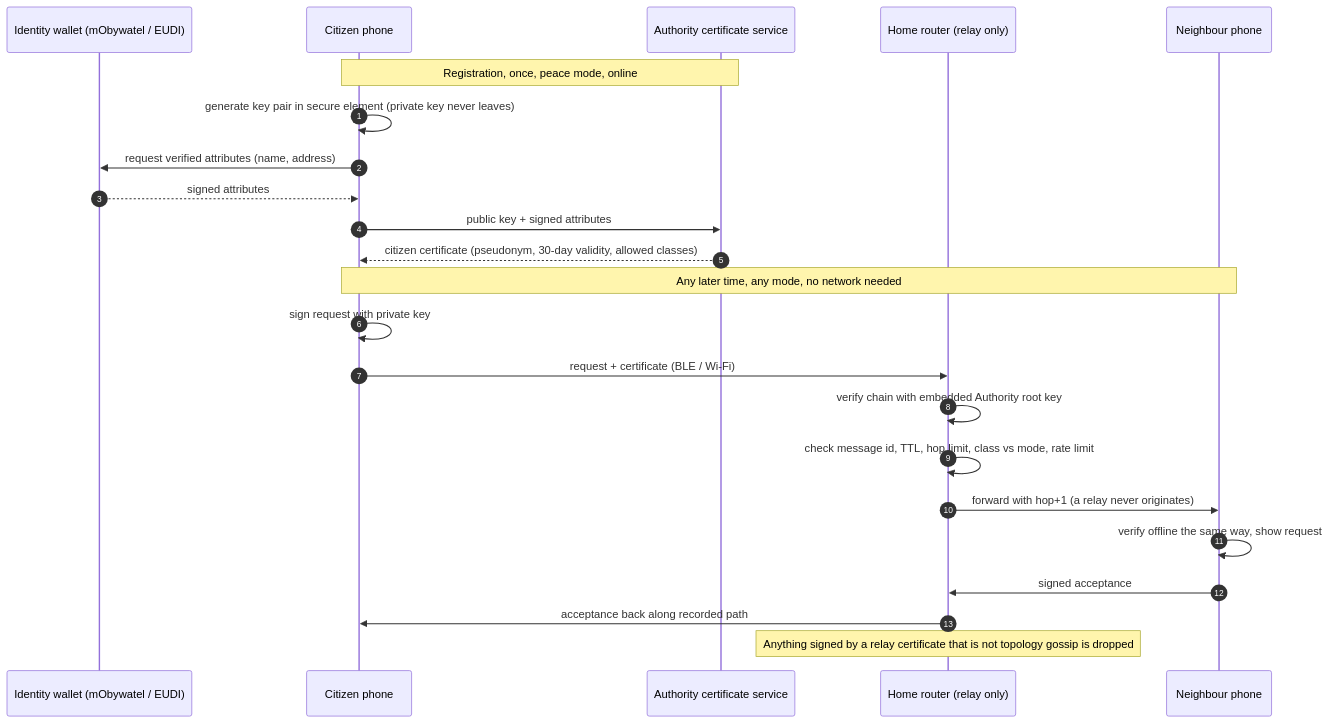
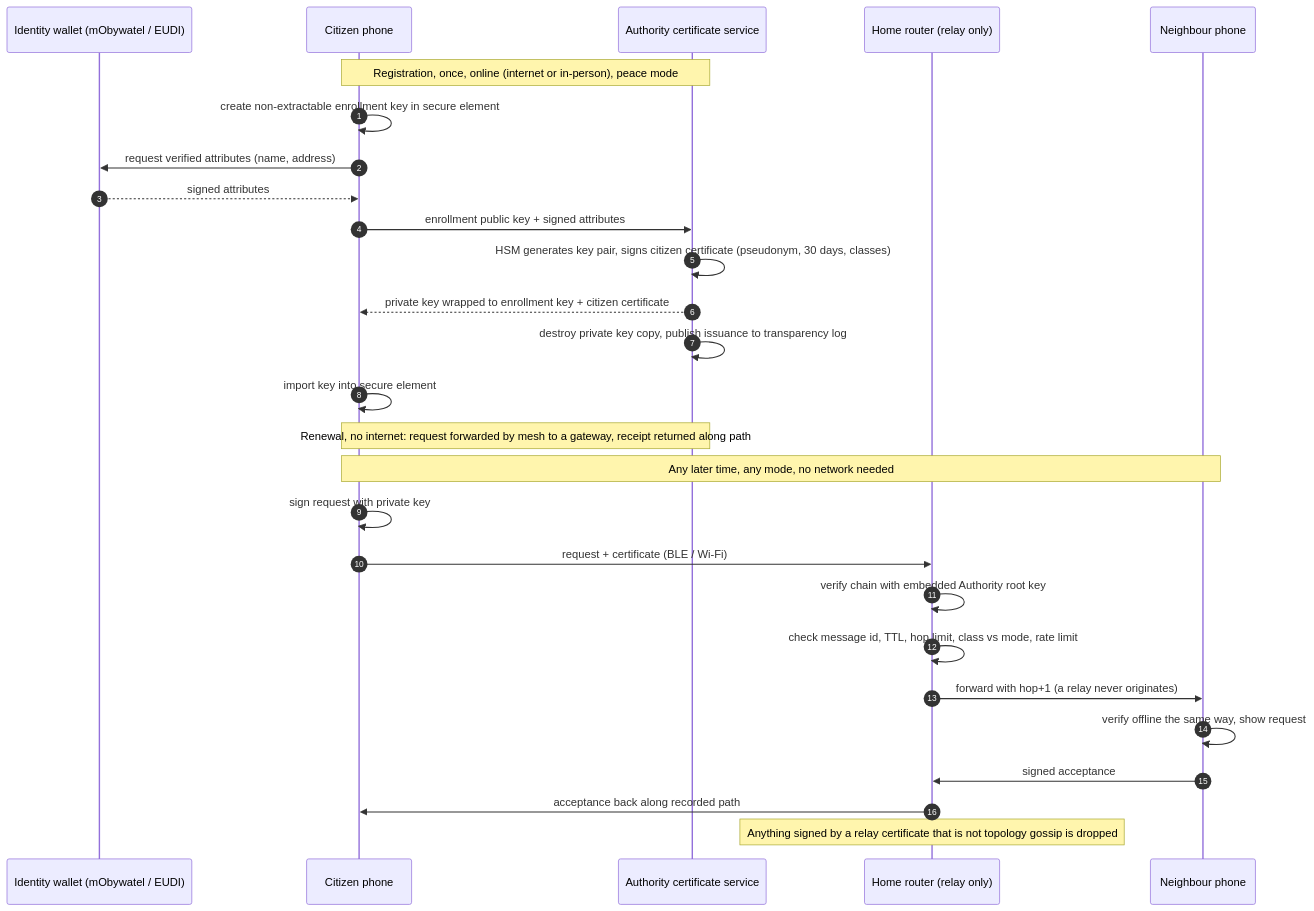
The diagram in docs/diagrams/02-trust-model.mmd (theapexlab/hackyeah2026), drawn with Mermaid before and after one commit. The commit also changed 3 other files, not shown here.

```diff
--- a/docs/diagrams/02-trust-model.mmd
+++ b/docs/diagrams/02-trust-model.mmd
@@ -1,23 +1,27 @@
 sequenceDiagram
   autonumber
   participant W as Identity wallet (mObywatel / EUDI)
   participant P as Citizen phone
   participant A as Authority certificate service
   participant R as Home router (relay only)
   participant N as Neighbour phone
-  Note over P,A: Registration, once, peace mode, online
-  P->>P: generate key pair in secure element (private key never leaves)
+  Note over P,A: Registration, once, online (internet or in-person), peace mode
+  P->>P: create non-extractable enrollment key in secure element
   P->>W: request verified attributes (name, address)
   W-->>P: signed attributes
-  P->>A: public key + signed attributes
-  A-->>P: citizen certificate (pseudonym, 30-day validity, allowed classes)
+  P->>A: enrollment public key + signed attributes
+  A->>A: HSM generates key pair, signs citizen certificate (pseudonym, 30 days, classes)
+  A-->>P: private key wrapped to enrollment key + citizen certificate
+  A->>A: destroy private key copy, publish issuance to transparency log
+  P->>P: import key into secure element
+  Note over P,A: Renewal, no internet: request forwarded by mesh to a gateway, receipt returned along path
   Note over P,N: Any later time, any mode, no network needed
   P->>P: sign request with private key
   P->>R: request + certificate (BLE / Wi-Fi)
   R->>R: verify chain with embedded Authority root key
   R->>R: check message id, TTL, hop limit, class vs mode, rate limit
   R->>N: forward with hop+1 (a relay never originates)
   N->>N: verify offline the same way, show request
   N->>R: signed acceptance
   R->>P: acceptance back along recorded path
   Note over R: Anything signed by a relay certificate that is not topology gossip is dropped
```
